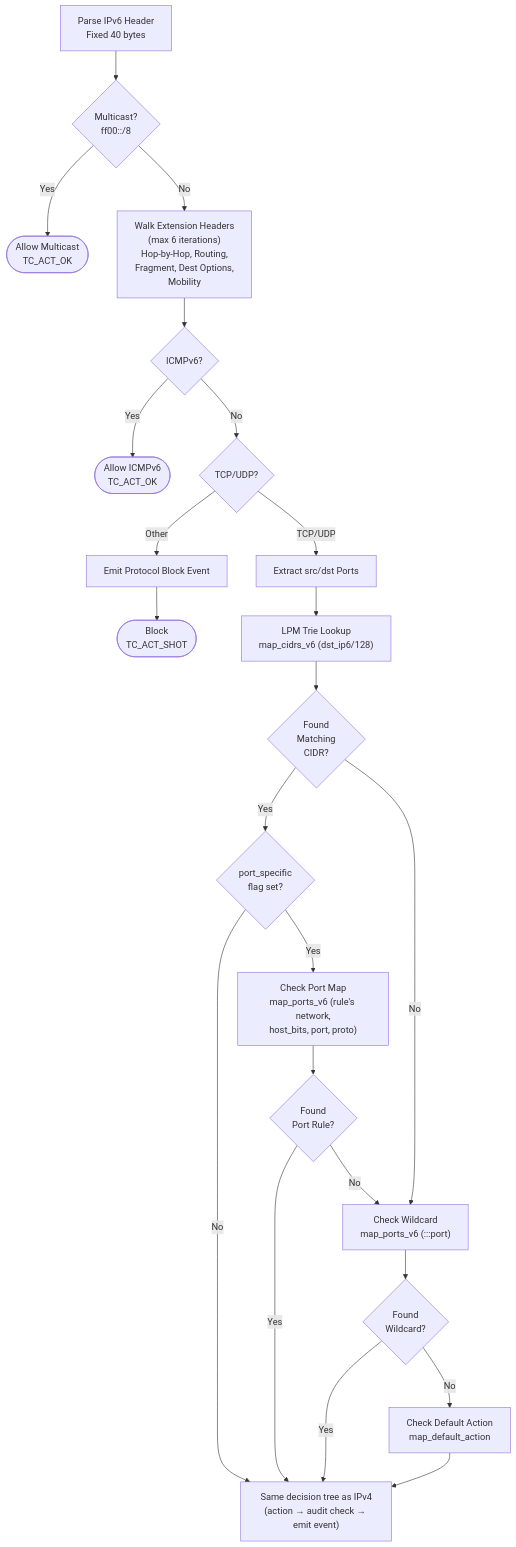
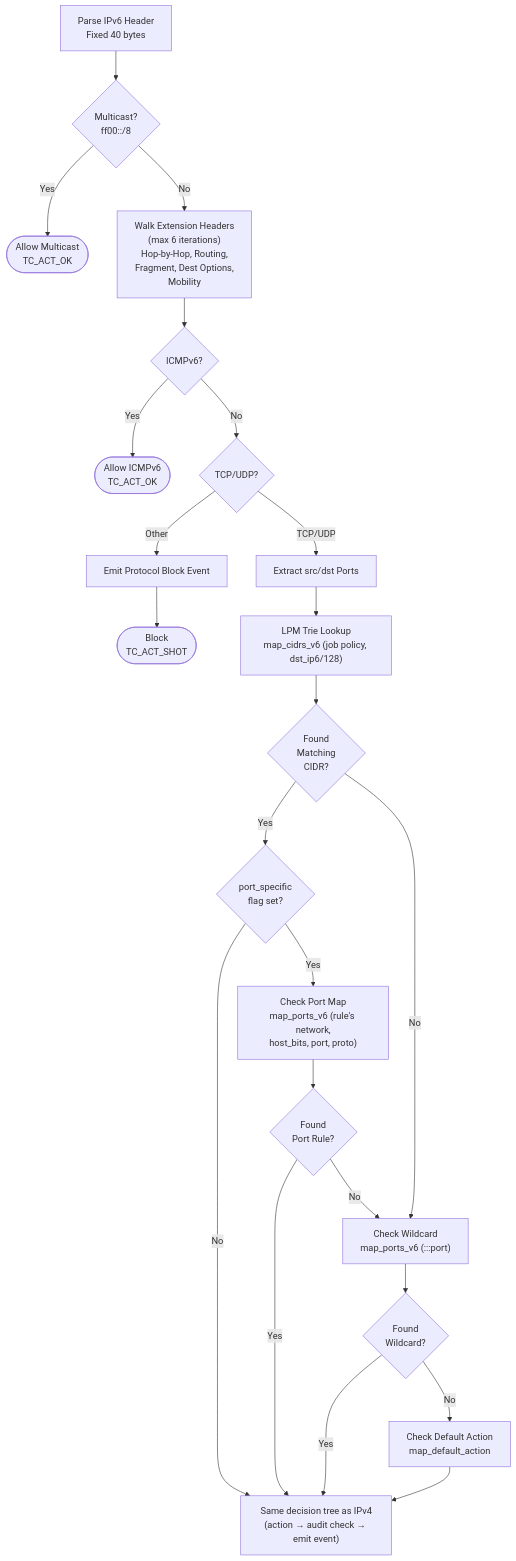
One commit to code-cargo/cargowall changed the fourth of 6 diagrams in design.md. Above: the diagram before and after it, drawn with Mermaid. The commit also changed other lines of this file and 19 other files, not shown here.

Commit message:
#105 Key the rule maps by policy, with the job's rules at policy 0 (#187)

````diff
--- a/design.md
+++ b/design.md
@@ -178,53 +178,53 @@
 ```mermaid
 flowchart TD
     ParseIPv6[Parse IPv6 Header<br/>Fixed 40 bytes]
     IsMulticast{"Multicast?<br/>ff00::/8"}
     AllowMcast([Allow Multicast<br/>TC_ACT_OK])
 
     WalkExtHdr["Walk Extension Headers<br/>(max 6 iterations)<br/>Hop-by-Hop, Routing,<br/>Fragment, Dest Options,<br/>Mobility"]
     IsICMPv6{ICMPv6?}
     AllowICMP([Allow ICMPv6<br/>TC_ACT_OK])
     IsTCPUDP{TCP/UDP?}
     BlockProto[Emit Protocol Block Event]
     BlockShot([Block<br/>TC_ACT_SHOT])
     ParsePorts[Extract src/dst Ports]
 
-    LPMLookup["LPM Trie Lookup<br/>map_cidrs_v6 (dst_ip6/128)"]
+    LPMLookup["LPM Trie Lookup<br/>map_cidrs_v6 (job policy, dst_ip6/128)"]
     HasRule{Found<br/>Matching<br/>CIDR?}
 
     IsPortSpecific{port_specific<br/>flag set?}
     CheckPort["Check Port Map<br/>map_ports_v6 (rule's network,<br/>host_bits, port, proto)"]
     HasPortRule{Found<br/>Port Rule?}
 
     CheckWildcard["Check Wildcard<br/>map_ports_v6 (:::port)"]
     HasWildcard{Found<br/>Wildcard?}
 
     CheckDefault["Check Default Action<br/>map_default_action"]
     Decision["Same decision tree as IPv4<br/>(action → audit check → emit event)"]
 
     ParseIPv6 --> IsMulticast
     IsMulticast -->|Yes| AllowMcast
     IsMulticast -->|No| WalkExtHdr
     WalkExtHdr --> IsICMPv6
     IsICMPv6 -->|Yes| AllowICMP
     IsICMPv6 -->|No| IsTCPUDP
     IsTCPUDP -->|Other| BlockProto
     BlockProto --> BlockShot
     IsTCPUDP -->|TCP/UDP| ParsePorts
 
     ParsePorts --> LPMLookup
     LPMLookup --> HasRule
     HasRule -->|Yes| IsPortSpecific
     HasRule -->|No| CheckWildcard
 
     IsPortSpecific -->|No| Decision
     IsPortSpecific -->|Yes| CheckPort
     CheckPort --> HasPortRule
     HasPortRule -->|Yes| Decision
     HasPortRule -->|No| CheckWildcard
 
     CheckWildcard --> HasWildcard
     HasWildcard -->|Yes| Decision
     HasWildcard -->|No| CheckDefault
     CheckDefault --> Decision
 ```
````
